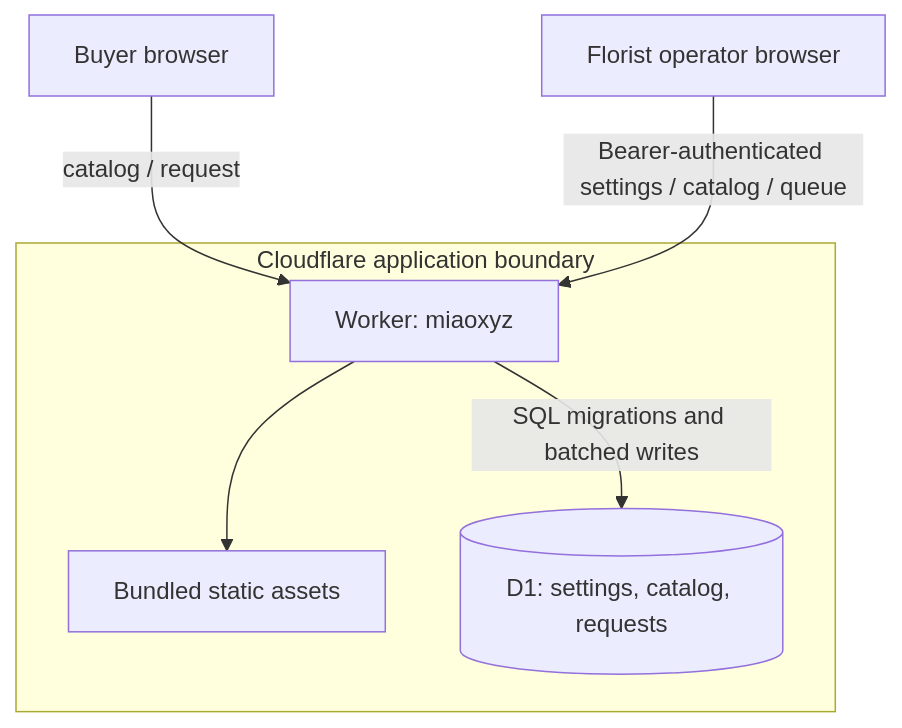
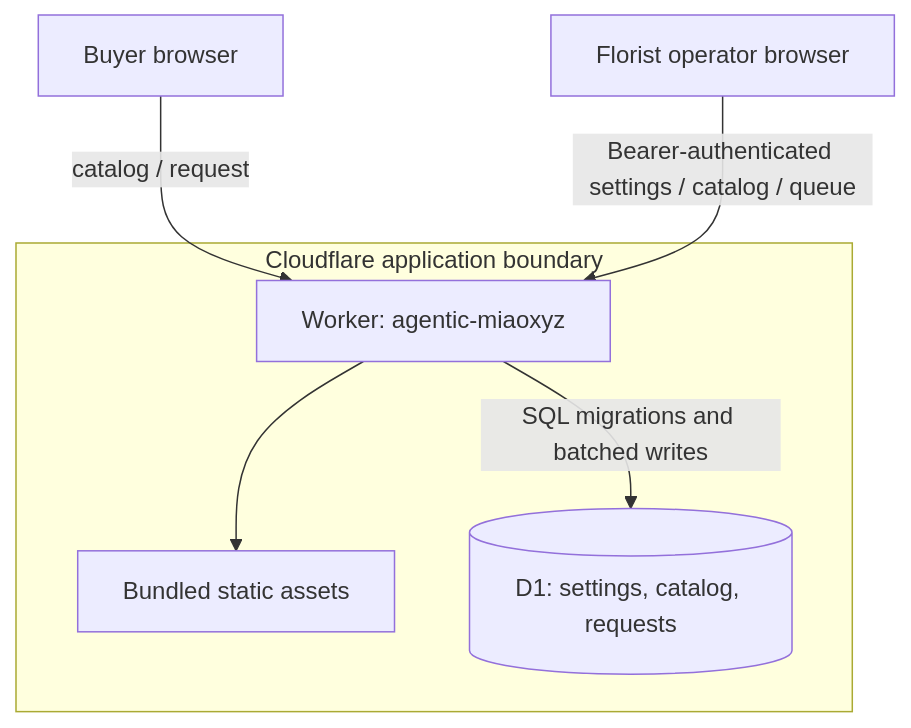
The fourth of 4 diagrams in docs/documents/prd-tad-adr-mvp-gtm-miaoxyz.md (huijoohwee/agentic-graph), drawn with Mermaid before and after one commit. The commit also changed other lines of this file and 3 other files, not shown here.

````diff
--- a/docs/documents/prd-tad-adr-mvp-gtm-miaoxyz.md
+++ b/docs/documents/prd-tad-adr-mvp-gtm-miaoxyz.md
@@ -254,14 +254,14 @@
 ```mermaid
 flowchart TB
   Buyer[Buyer browser]
   Staff[Florist operator browser]
   subgraph Cloudflare[Cloudflare application boundary]
-    Worker[Worker: miaoxyz]
+    Worker[Worker: agentic-miaoxyz]
     Assets[Bundled static assets]
     D1[(D1: settings, catalog, requests)]
   end
   Buyer -->|catalog / request| Worker
   Staff -->|Bearer-authenticated settings / catalog / queue| Worker
   Worker --> Assets
   Worker -->|SQL migrations and batched writes| D1
 ```
````
